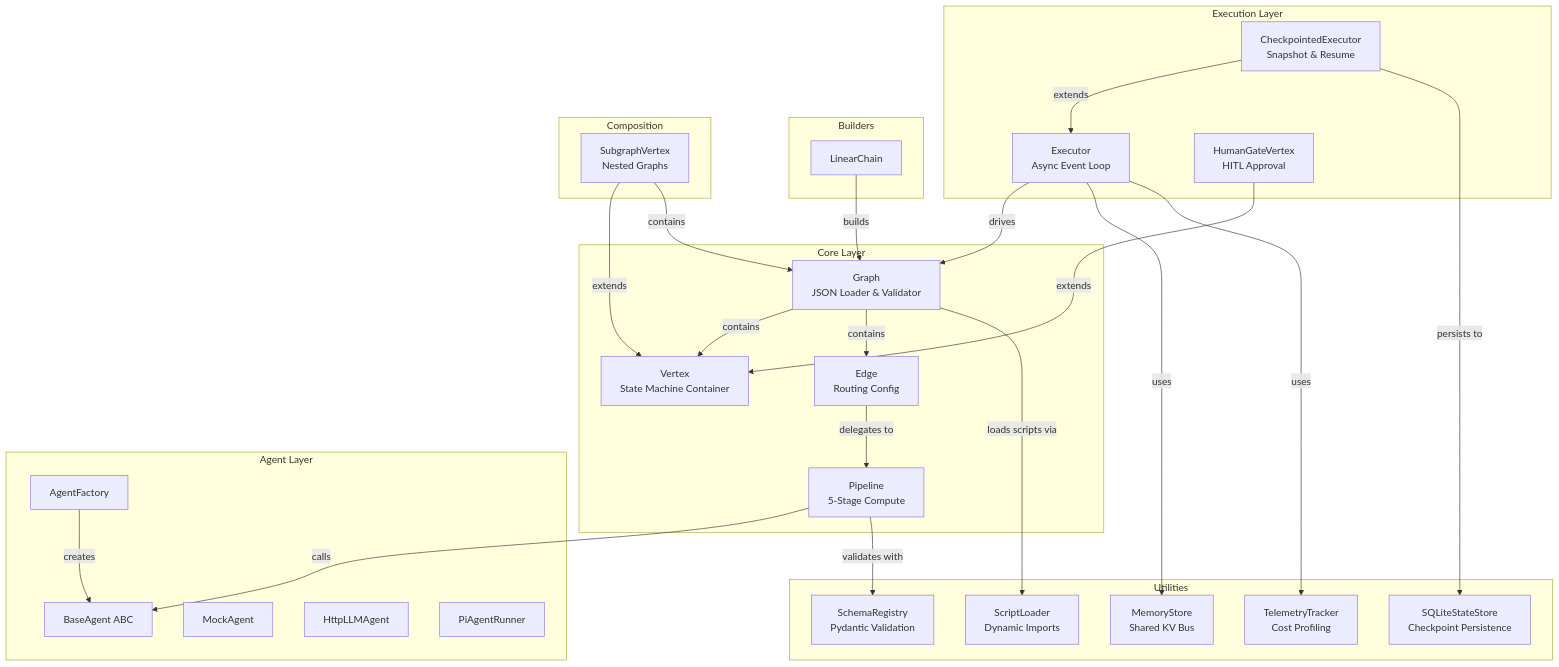
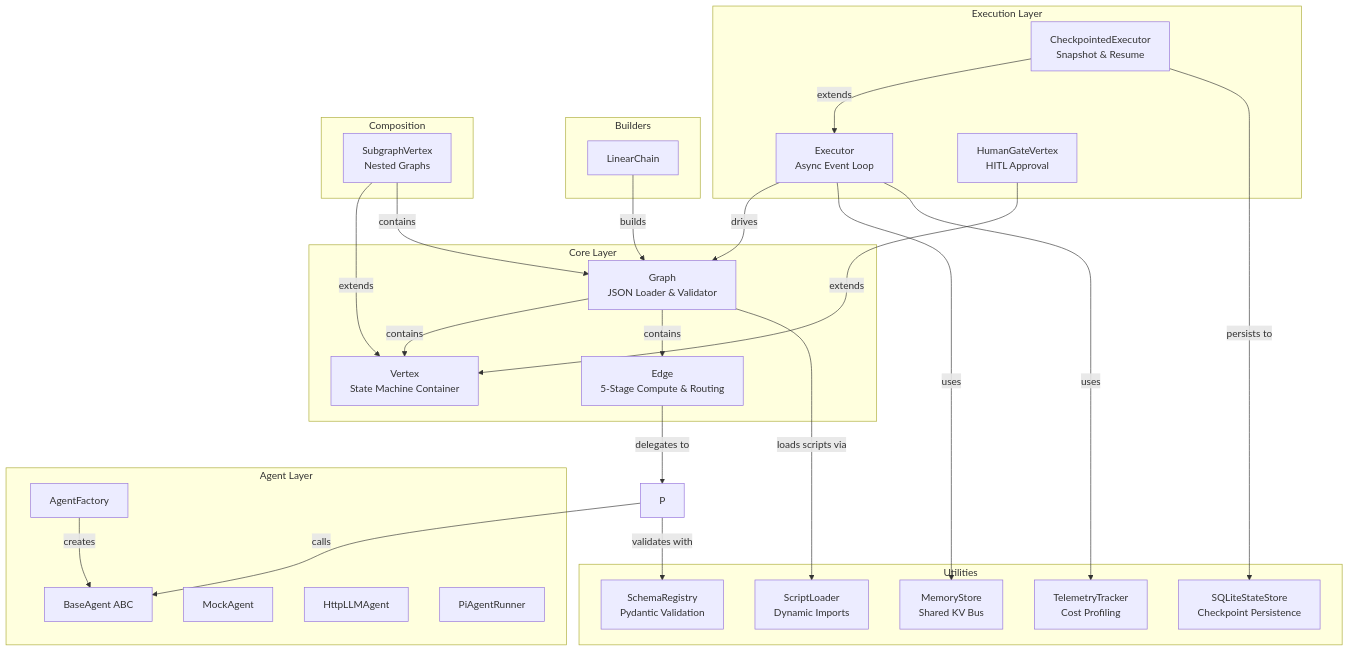
Before and after one commit to Hana-ame/agent: the first of 2 diagrams in framework-architecture-review.md, drawn with Mermaid. The commit also changed other lines of this file and 3 other files, not shown here.

````diff
--- a/framework-architecture-review.md
+++ b/framework-architecture-review.md
@@ -10,56 +10,55 @@
 ```mermaid
 graph TB
     subgraph "Core Layer"
         V[Vertex<br/>State Machine Container]
-        E[Edge<br/>Routing Config]
-        P[Pipeline<br/>5-Stage Compute]
-        G[Graph<br/>JSON Loader & Validator]
+        E[Edge<br/>5-Stage Compute & Routing]
+                G[Graph<br/>JSON Loader & Validator]
     end
 
     subgraph "Execution Layer"
         EX[Executor<br/>Async Event Loop]
         CX[CheckpointedExecutor<br/>Snapshot & Resume]
         HG[HumanGateVertex<br/>HITL Approval]
     end
 
     subgraph "Agent Layer"
         BA[BaseAgent ABC]
         MA[MockAgent]
         HA[HttpLLMAgent]
         PA[PiAgentRunner]
         AF[AgentFactory]
     end
 
     subgraph "Utilities"
         MS[MemoryStore<br/>Shared KV Bus]
         TT[TelemetryTracker<br/>Cost Profiling]
         SR[SchemaRegistry<br/>Pydantic Validation]
         SL[ScriptLoader<br/>Dynamic Imports]
         SS[SQLiteStateStore<br/>Checkpoint Persistence]
     end
 
     subgraph "Builders"
         LC[LinearChain]
     end
 
     subgraph "Composition"
         SG[SubgraphVertex<br/>Nested Graphs]
     end
 
     G -->|"contains"| V
     G -->|"contains"| E
     E -->|"delegates to"| P
     EX -->|"drives"| G
     CX -->|"extends"| EX
     CX -->|"persists to"| SS
     HG -->|"extends"| V
     SG -->|"extends"| V
     SG -->|"contains"| G
     P -->|"calls"| BA
     AF -->|"creates"| BA
     EX -->|"uses"| MS
     EX -->|"uses"| TT
     P -->|"validates with"| SR
     G -->|"loads scripts via"| SL
     LC -->|"builds"| G
 ```
````
